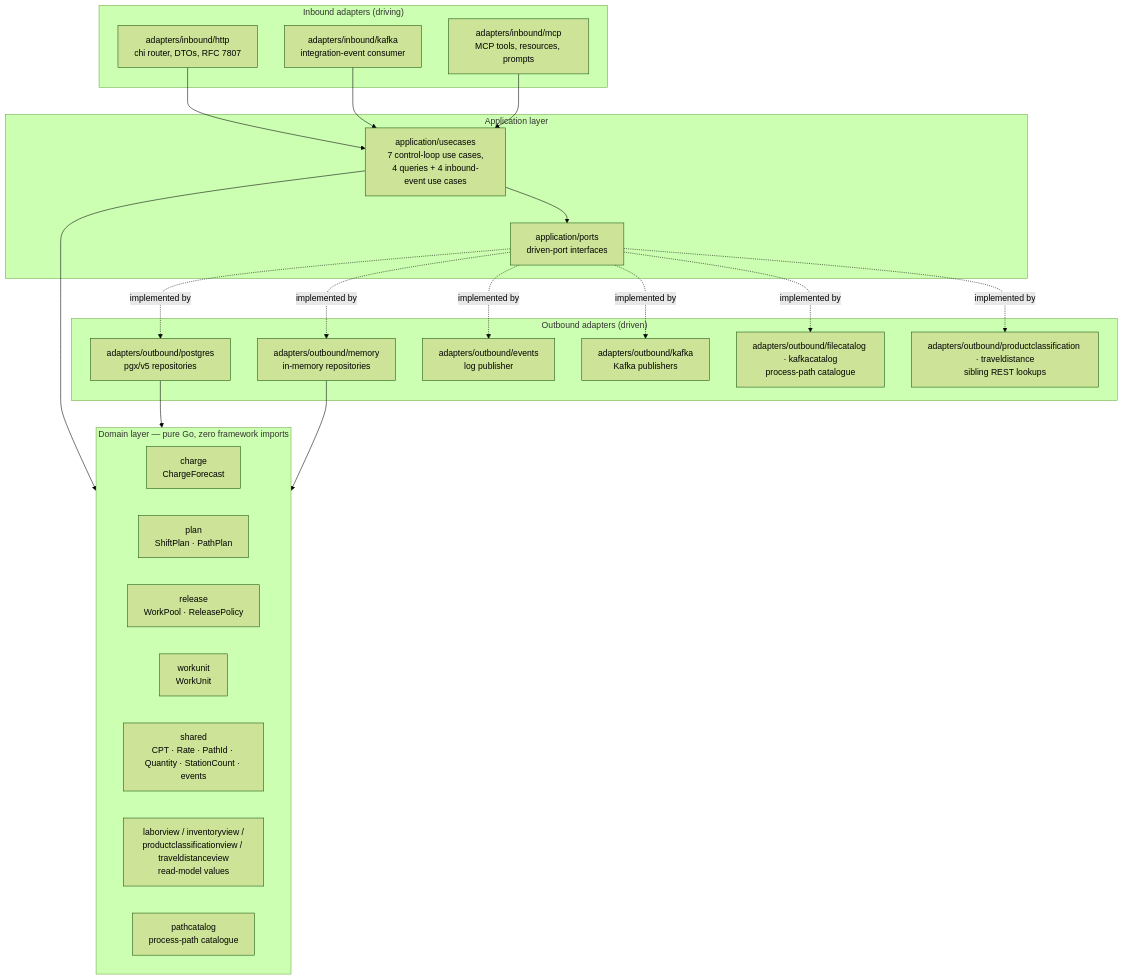
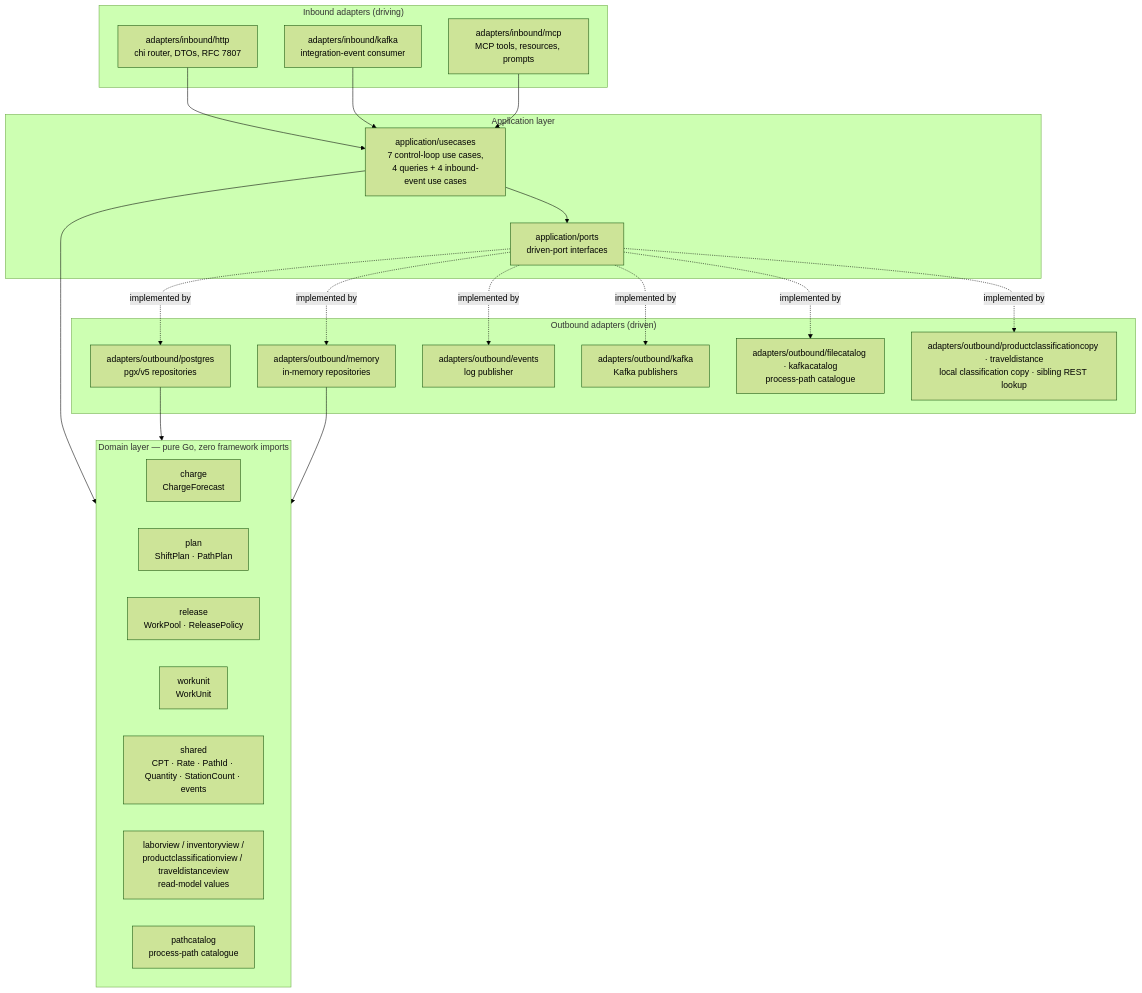
One commit to IQVO/wes-work-planning changed the diagram in docs/docs/overview/hexagonal-layering.md. Above: the diagram before and after it, drawn with Mermaid (forest theme). The commit also changed other lines of this file and 22 other files, not shown here.

First line of the commit message:
docs: asyncapi, rules and docs for the product-master classification copy (ADR-0035)

````diff
--- a/docs/docs/overview/hexagonal-layering.md
+++ b/docs/docs/overview/hexagonal-layering.md
@@ -18,46 +18,46 @@
 ```mermaid
 flowchart TB
     subgraph inbound["Inbound adapters (driving)"]
         HTTP["adapters/inbound/http<br/>chi router, DTOs, RFC 7807"]
         KIN["adapters/inbound/kafka<br/>integration-event consumer"]
         MCPIN["adapters/inbound/mcp<br/>MCP tools, resources, prompts"]
     end
 
     subgraph app["Application layer"]
         UC["application/usecases<br/>7 control-loop use cases,<br/>4 queries + 4 inbound-event use cases"]
         PORTS["application/ports<br/>driven-port interfaces"]
     end
 
     subgraph domain["Domain layer — pure Go, zero framework imports"]
         CH["charge<br/>ChargeForecast"]
         PL["plan<br/>ShiftPlan · PathPlan"]
         RE["release<br/>WorkPool · ReleasePolicy"]
         WU["workunit<br/>WorkUnit"]
         SH["shared<br/>CPT · Rate · PathId · Quantity · StationCount · events"]
         LV["laborview / inventoryview /<br/>productclassificationview / traveldistanceview<br/>read-model values"]
         PC["pathcatalog<br/>process-path catalogue"]
     end
 
     subgraph outbound["Outbound adapters (driven)"]
         PG["adapters/outbound/postgres<br/>pgx/v5 repositories"]
         MEM["adapters/outbound/memory<br/>in-memory repositories"]
         EV["adapters/outbound/events<br/>log publisher"]
         KOUT["adapters/outbound/kafka<br/>Kafka publishers"]
         CAT["adapters/outbound/filecatalog · kafkacatalog<br/>process-path catalogue"]
-        LOOK["adapters/outbound/productclassification · traveldistance<br/>sibling REST lookups"]
+        LOOK["adapters/outbound/productclassificationcopy · traveldistance<br/>local classification copy · sibling REST lookup"]
     end
 
     HTTP --> UC
     KIN --> UC
     MCPIN --> UC
     UC --> PORTS
     UC --> domain
     PORTS -.implemented by.-> PG
     PORTS -.implemented by.-> MEM
     PORTS -.implemented by.-> EV
     PORTS -.implemented by.-> KOUT
     PORTS -.implemented by.-> CAT
     PORTS -.implemented by.-> LOOK
     PG --> domain
     MEM --> domain
 ```
````
